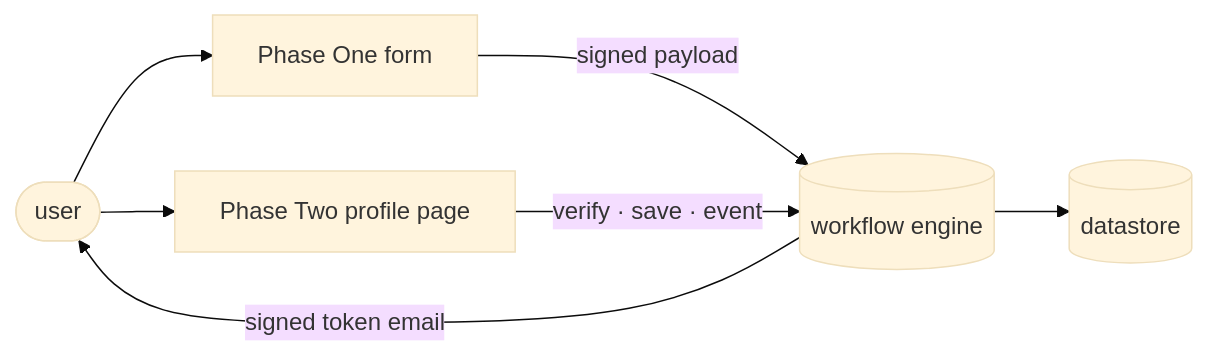
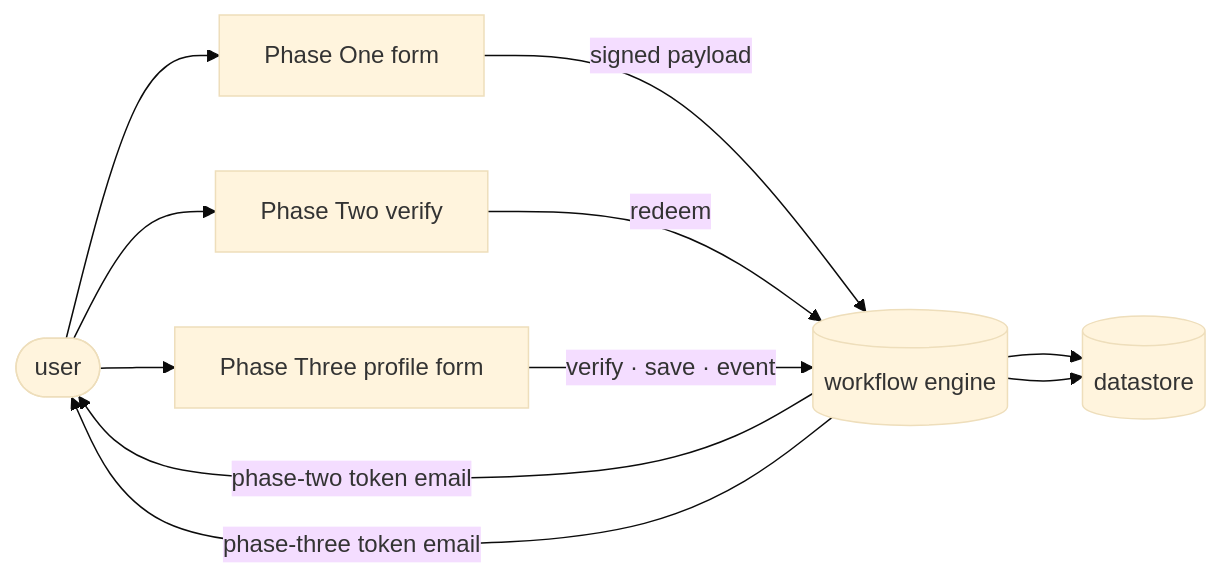
One commit to AlxanderArt/ProjectKidCreations changed the first of 2 diagrams in README.md. Above: the diagram before and after it, drawn with Mermaid (base theme). The commit also changed other lines of this file and 1 other file, not shown here.

First line of the commit message:
README: add Phase Three + Access Granted; center non-form state copy

````diff
--- a/README.md
+++ b/README.md
@@ -50,9 +56,13 @@
 ```mermaid
 flowchart LR
   user([user]) --> phase1[Phase One form]
   phase1 -->|signed payload| n8n[(workflow engine)]
   n8n --> store[(datastore)]
-  n8n -->|signed token email| user
-  user --> phase2[Phase Two profile page]
-  phase2 -->|verify · save · event| n8n
+  n8n -->|phase-two token email| user
+  user --> phase2[Phase Two verify]
+  phase2 -->|redeem| n8n
+  n8n -->|phase-three token email| user
+  user --> phase3[Phase Three profile form]
+  phase3 -->|verify · save · event| n8n
+  n8n --> store
 ```
````
